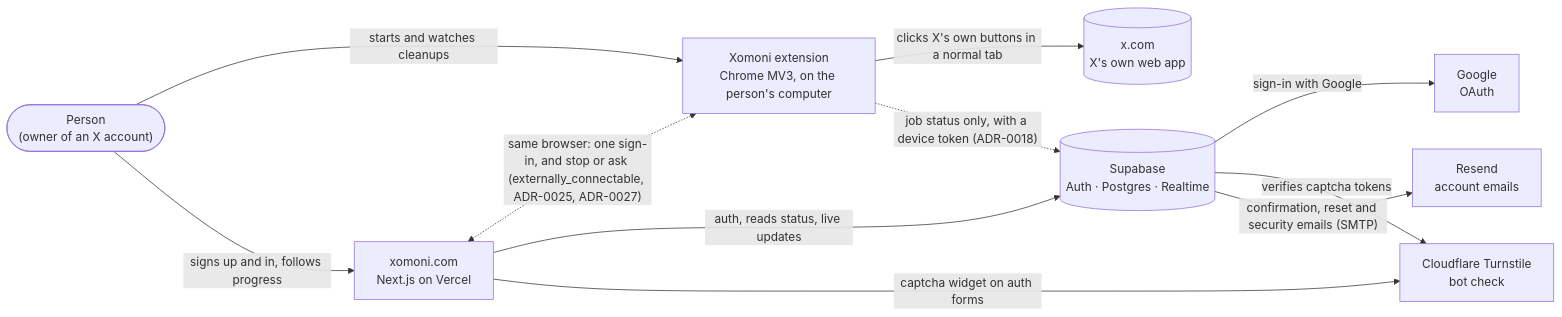
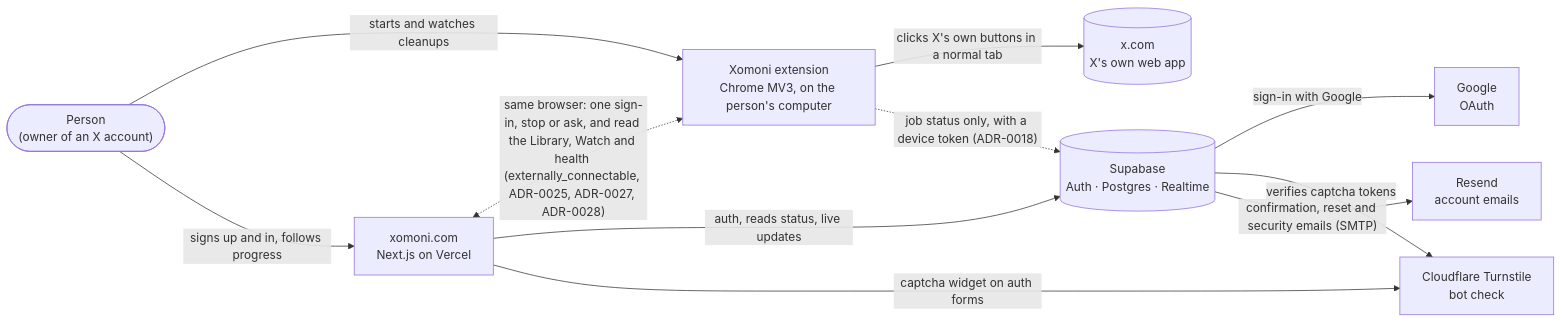
The first of 5 diagrams in docs/ARCHITECTURE.md (pirdehi/xomoni), drawn with Mermaid before and after one commit. The commit also changed other lines of this file and 33 other files, not shown here.

First line of the commit message:
Library, Watch and account health on xomoni.com, read from Xomoni in this browser (#233) (#278)

````diff
--- a/docs/ARCHITECTURE.md
+++ b/docs/ARCHITECTURE.md
@@ -29,22 +29,22 @@
 ```mermaid
 flowchart LR
   person(["Person<br/>(owner of an X account)"])
   ext["Xomoni extension<br/>Chrome MV3, on the person's computer"]
   web["xomoni.com<br/>Next.js on Vercel"]
   x[("x.com<br/>X's own web app")]
   sb[("Supabase<br/>Auth · Postgres · Realtime")]
   google["Google<br/>OAuth"]
   resend["Resend<br/>account emails"]
   turnstile["Cloudflare Turnstile<br/>bot check"]
 
   person -- "starts and watches cleanups" --> ext
   person -- "signs up and in, follows progress" --> web
   ext -- "clicks X's own buttons in a normal tab" --> x
   ext -. "job status only, with a device token (ADR-0018)" .-> sb
-  web <-. "same browser: one sign-in, and stop or ask (externally_connectable, ADR-0025, ADR-0027)" .-> ext
+  web <-. "same browser: one sign-in, stop or ask, and read the Library, Watch and health (externally_connectable, ADR-0025, ADR-0027, ADR-0028)" .-> ext
   web -- "auth, reads status, live updates" --> sb
   web -- "captcha widget on auth forms" --> turnstile
   sb -- "sign-in with Google" --> google
   sb -- "verifies captcha tokens" --> turnstile
   sb -- "confirmation, reset and security emails (SMTP)" --> resend
 ```
````
